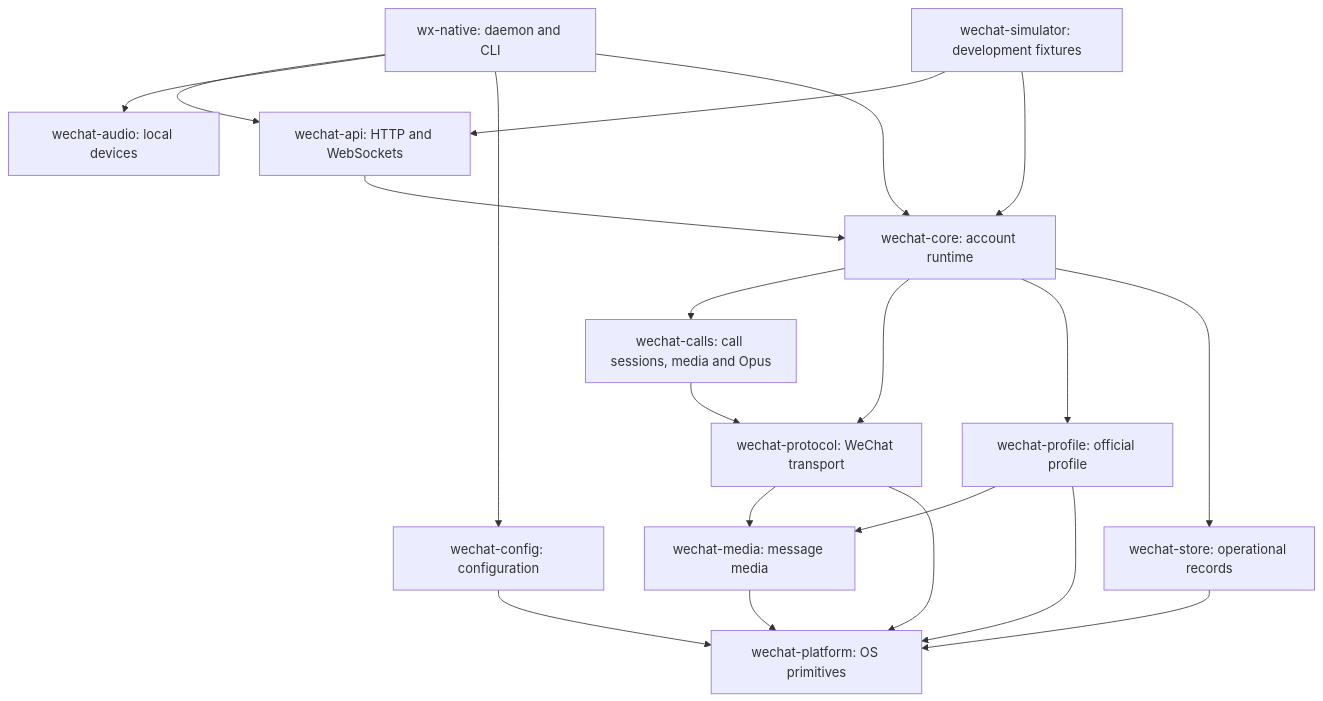
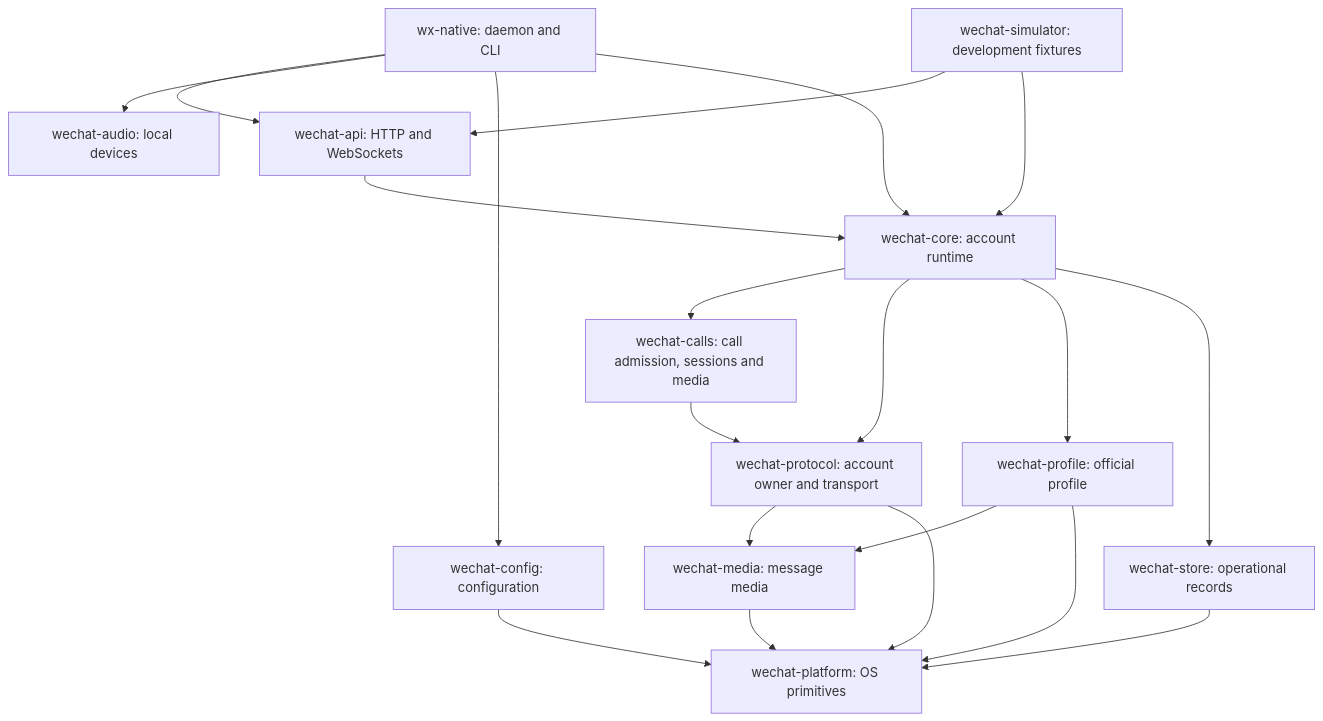
One commit to thisnick/agent-wechat changed the diagram in docs/src/content/docs/how-it-works/rust-crates.mdx. Above: the diagram before and after it, drawn with Mermaid. The commit also changed other lines of this file and 7 other files, not shown here.

First line of the commit message:
Refactor account-bound calling into wechat-calls (#406)

````diff
--- a/docs/src/content/docs/how-it-works/rust-crates.mdx
+++ b/docs/src/content/docs/how-it-works/rust-crates.mdx
@@ -15,22 +15,22 @@
 ```mermaid
 flowchart TD
   WX["wx-native: daemon and CLI"] --> API["wechat-api: HTTP and WebSockets"]
   WX --> AUDIO["wechat-audio: local devices"]
   WX --> CFG["wechat-config: configuration"]
   WX --> CORE["wechat-core: account runtime"]
   API --> CORE
-  CORE --> CALLS["wechat-calls: call sessions, media and Opus"]
+  CORE --> CALLS["wechat-calls: call admission, sessions and media"]
   CALLS --> PROTOCOL
-  CORE --> PROTOCOL["wechat-protocol: WeChat transport"]
+  CORE --> PROTOCOL["wechat-protocol: account owner and transport"]
   CORE --> PROFILE["wechat-profile: official profile"]
   CORE --> STORE["wechat-store: operational records"]
   PROFILE --> MEDIA["wechat-media: message media"]
   PROTOCOL --> MEDIA
   MEDIA --> PLATFORM["wechat-platform: OS primitives"]
   CFG --> PLATFORM
   STORE --> PLATFORM
   DEV["wechat-simulator: development fixtures"] --> API
   DEV --> CORE
   PROFILE --> PLATFORM
   PROTOCOL --> PLATFORM
 ```
````
